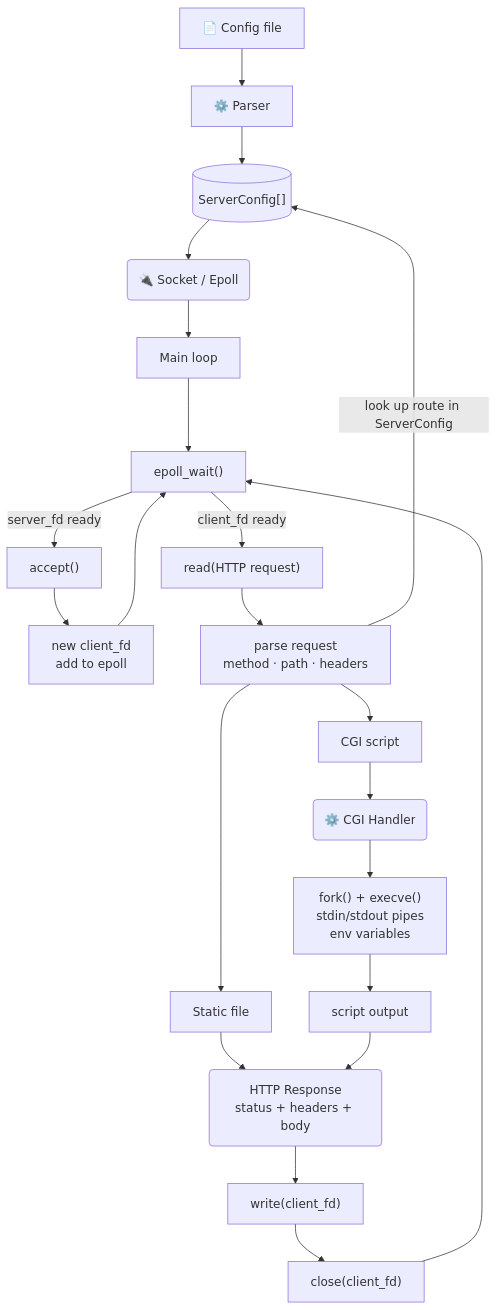
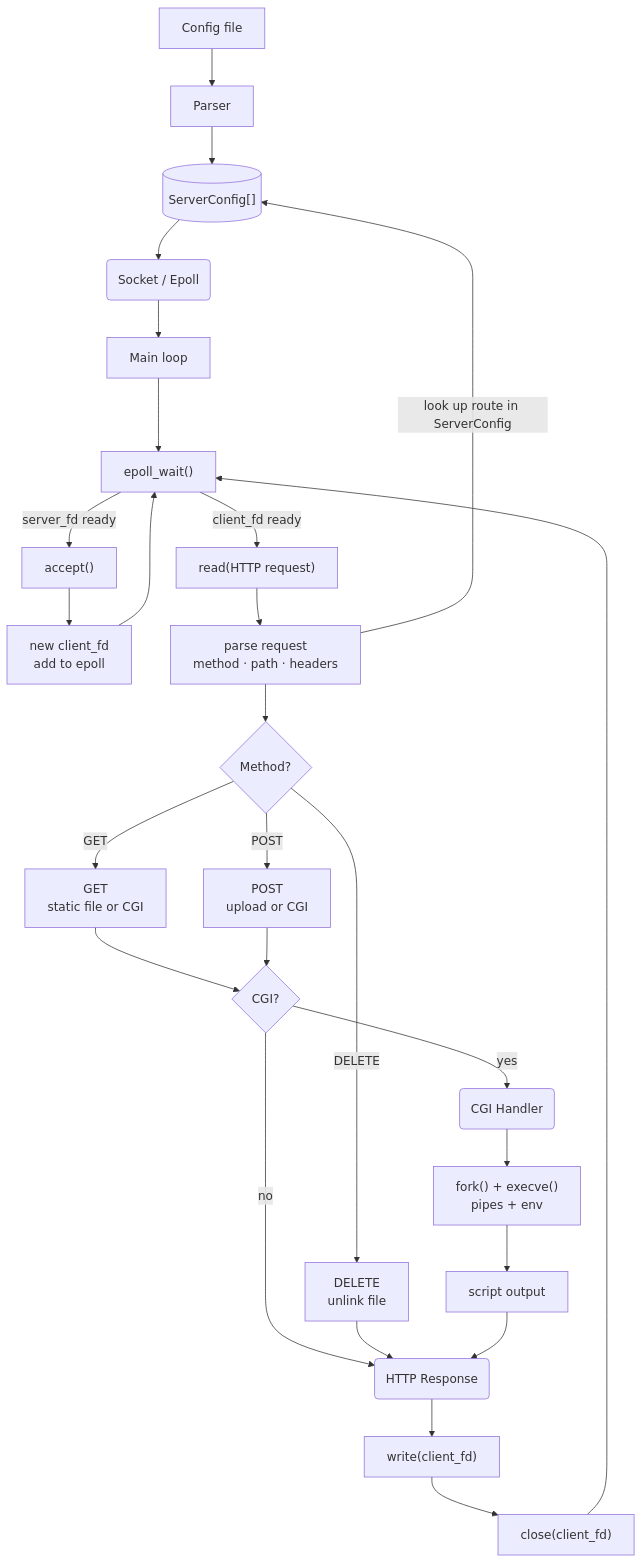
One commit to RabrasPrime/webserv changed the diagram in resource/orga.md. Above: the diagram before and after it, drawn with Mermaid. The commit also changed 9 other files, not shown here.

Commit message:
feat(response): end of Method GET/POST/DELETE without CGI handler, and update mermaid in orga.md

````diff
--- a/resource/orga.md
+++ b/resource/orga.md
@@ -13,29 +13,34 @@
 ```mermaid
 
 flowchart TB
-    A["📄 Config file"] --> B["⚙️ Parser"]
+    A["Config file"] --> B["Parser"]
     B --> CFG[("ServerConfig[]")]
-    CFG --> EPOLL["🔌 Socket / Epoll"]
+    CFG --> EPOLL["Socket / Epoll"]
     EPOLL --> LOOP["Main loop"]
     LOOP --> WAIT["epoll_wait()"]
     WAIT -- server_fd ready --> ACCEPT["accept()"]
     ACCEPT --> NEWCLIENT["new client_fd<br>add to epoll"]
     NEWCLIENT --> WAIT
     WAIT -- client_fd ready --> READ["read(HTTP request)"]
     READ --> PARSE["parse request<br>method · path · headers"]
     PARSE -- look up route in ServerConfig --> CFG
-    PARSE --> STATIC["Static file"] & CGIROUTE["CGI script"]
-    STATIC --> RESP["HTTP Response<br>status + headers + body"]
-    CGIROUTE --> CGIHANDLER["⚙️ CGI Handler"]
-    CGIHANDLER --> FORK@{ label: "fork() + execve()<br>stdin/stdout pipes<br>env variables" }
+    PARSE --> METHOD_SWITCH{"Method?"}
+    METHOD_SWITCH -- GET --> GET_HANDLER["GET<br>static file or CGI"]
+    METHOD_SWITCH -- POST --> POST_HANDLER["POST<br>upload or CGI"]
+    METHOD_SWITCH -- DELETE --> DELETE_HANDLER["DELETE<br>unlink file"]
+    GET_HANDLER --> CHECK_CGI{"CGI?"}
+    CHECK_CGI -- yes --> CGIHANDLER["CGI Handler"]
+    CHECK_CGI -- no --> RESP["HTTP Response"]
+    POST_HANDLER --> CHECK_CGI
+    DELETE_HANDLER --> RESP
+    CGIHANDLER --> FORK["fork() + execve()<br>pipes + env"]
     FORK --> OUTPUT["script output"]
     OUTPUT --> RESP
     RESP --> WRITE["write(client_fd)"]
     WRITE --> CLOSE["close(client_fd)"]
     CLOSE --> WAIT
 
     EPOLL@{ shape: rounded}
+    CGIHANDLER@{ shape: rounded}
     RESP@{ shape: rounded}
-    CGIHANDLER@{ shape: rounded}
-    FORK@{ shape: rect}
 ```
````
